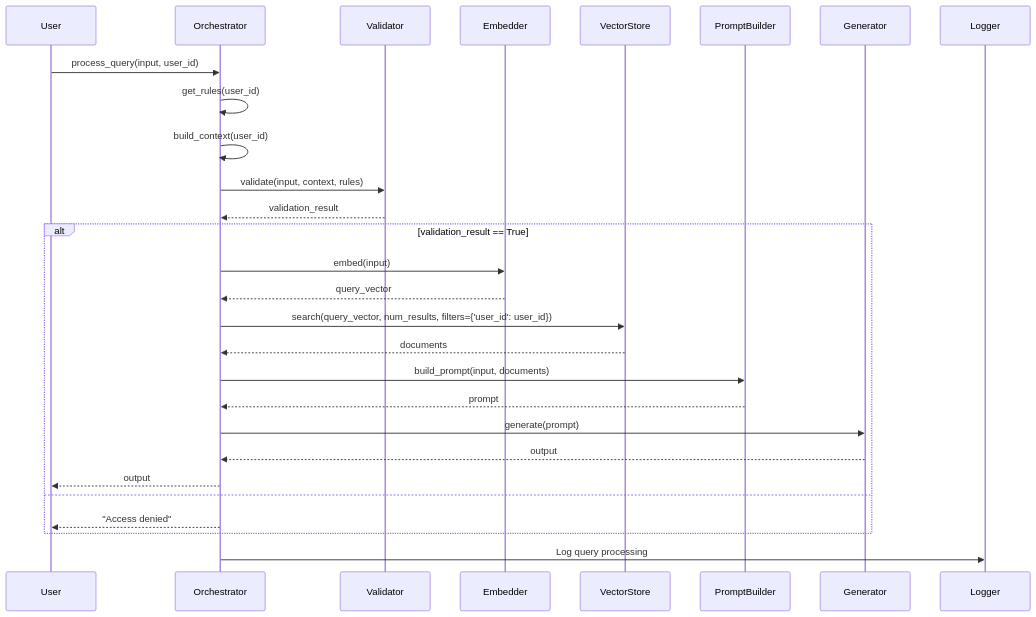
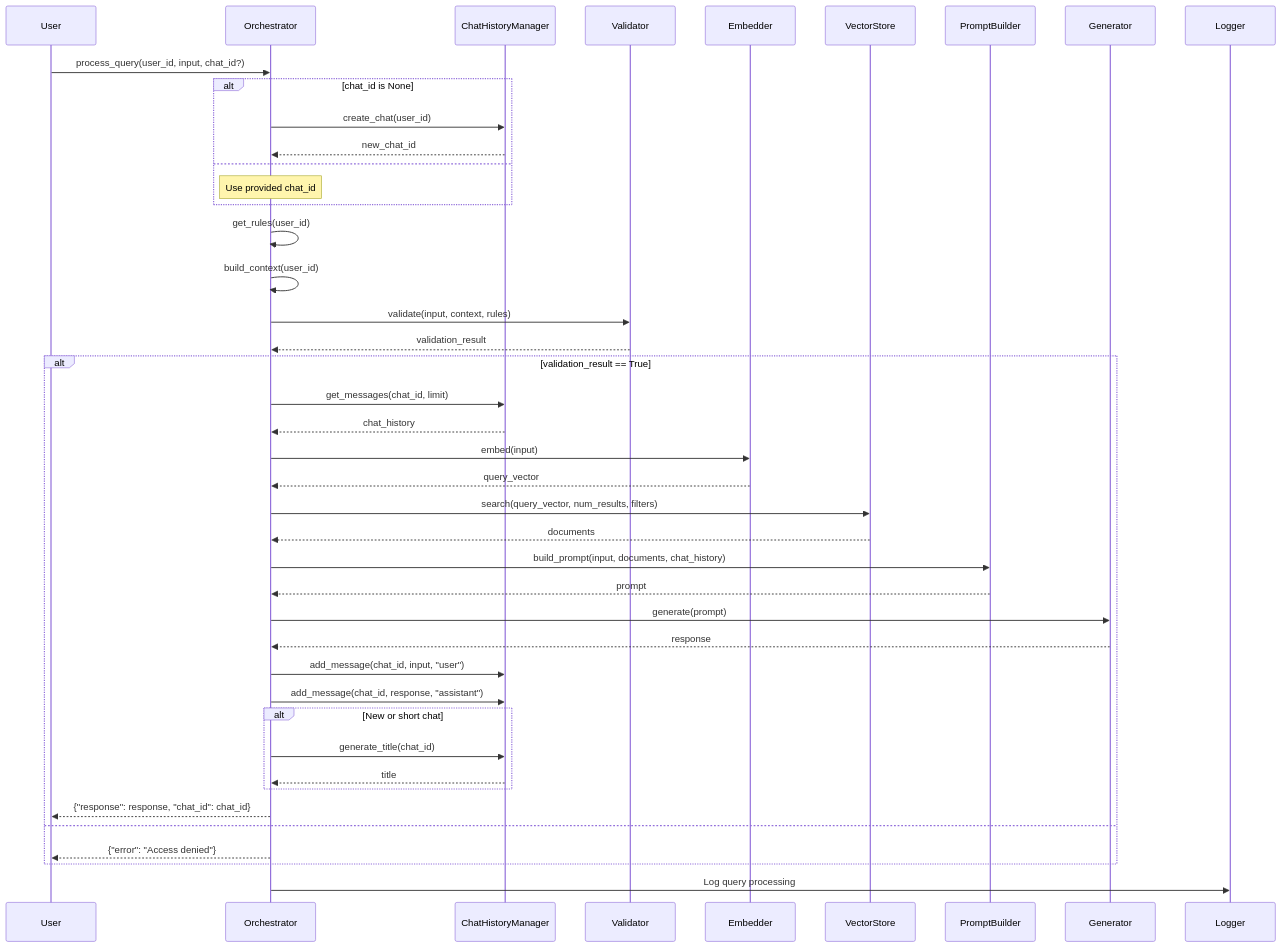
The diagram in docs/diagrams/query.mmd (sidetrip-ai/ici-core), drawn with Mermaid before and after one commit. The commit also changed 25 other files, not shown here.

First line of the commit message:
feat: add chat history manager component (#32)

```diff
--- a/docs/diagrams/query.mmd
+++ b/docs/diagrams/query.mmd
@@ -1,29 +1,55 @@
 sequenceDiagram
     participant User
     participant Orchestrator
+    participant ChatHistoryManager
     participant Validator
     participant Embedder
     participant VectorStore
     participant PromptBuilder
     participant Generator
     participant Logger
 
-    User->>Orchestrator: process_query(input, user_id)
+    User->>Orchestrator: process_query(user_id, input, chat_id?)
+    
+    alt chat_id is None
+        Orchestrator->>ChatHistoryManager: create_chat(user_id)
+        ChatHistoryManager-->>Orchestrator: new_chat_id
+    else
+        Note over Orchestrator: Use provided chat_id
+    end
+    
     Orchestrator->>Orchestrator: get_rules(user_id)
     Orchestrator->>Orchestrator: build_context(user_id)
     Orchestrator->>Validator: validate(input, context, rules)
     Validator-->>Orchestrator: validation_result
+    
     alt validation_result == True
+        Orchestrator->>ChatHistoryManager: get_messages(chat_id, limit)
+        ChatHistoryManager-->>Orchestrator: chat_history
+        
         Orchestrator->>Embedder: embed(input)
         Embedder-->>Orchestrator: query_vector
-        Orchestrator->>VectorStore: search(query_vector, num_results, filters={'user_id': user_id})
+        
+        Orchestrator->>VectorStore: search(query_vector, num_results, filters)
         VectorStore-->>Orchestrator: documents
-        Orchestrator->>PromptBuilder: build_prompt(input, documents)
+        
+        Orchestrator->>PromptBuilder: build_prompt(input, documents, chat_history)
         PromptBuilder-->>Orchestrator: prompt
+        
         Orchestrator->>Generator: generate(prompt)
-        Generator-->>Orchestrator: output
-        Orchestrator-->>User: output
+        Generator-->>Orchestrator: response
+        
+        Orchestrator->>ChatHistoryManager: add_message(chat_id, input, "user")
+        Orchestrator->>ChatHistoryManager: add_message(chat_id, response, "assistant")
+        
+        alt New or short chat
+            Orchestrator->>ChatHistoryManager: generate_title(chat_id)
+            ChatHistoryManager-->>Orchestrator: title
+        end
+        
+        Orchestrator-->>User: {"response": response, "chat_id": chat_id}
     else
-        Orchestrator-->>User: "Access denied"
+        Orchestrator-->>User: {"error": "Access denied"}
     end
+    
     Orchestrator->>Logger: Log query processing
```
